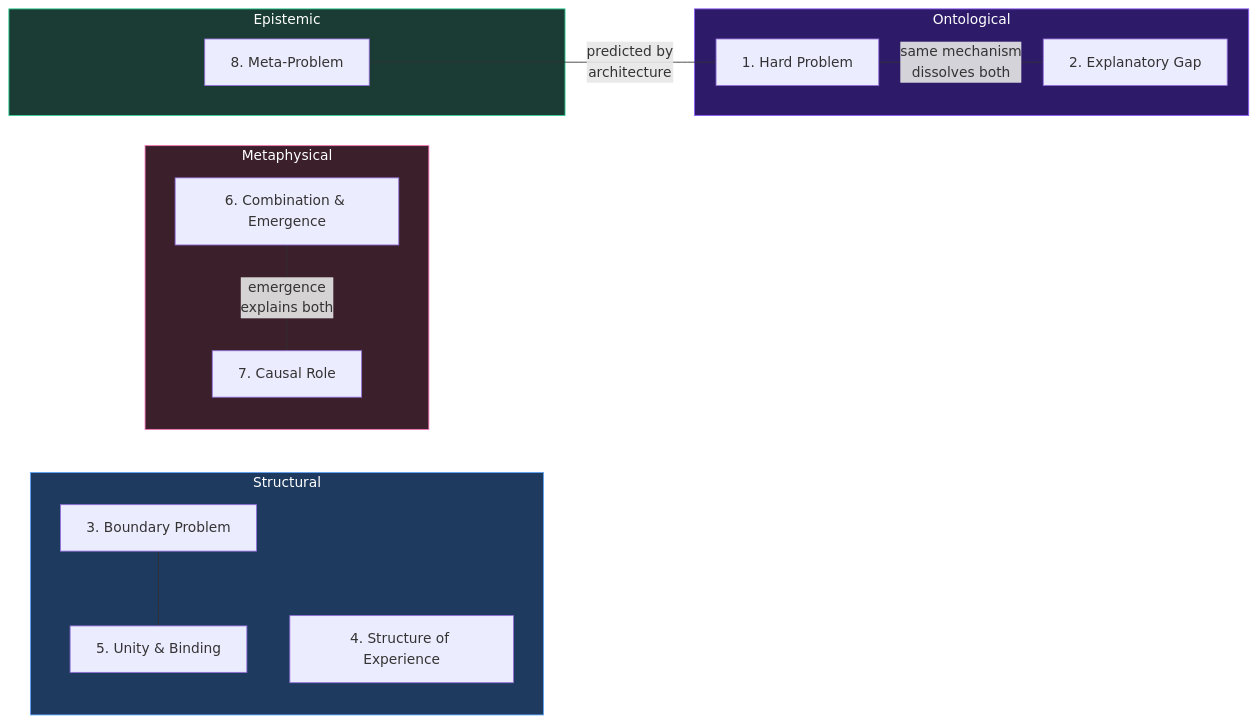
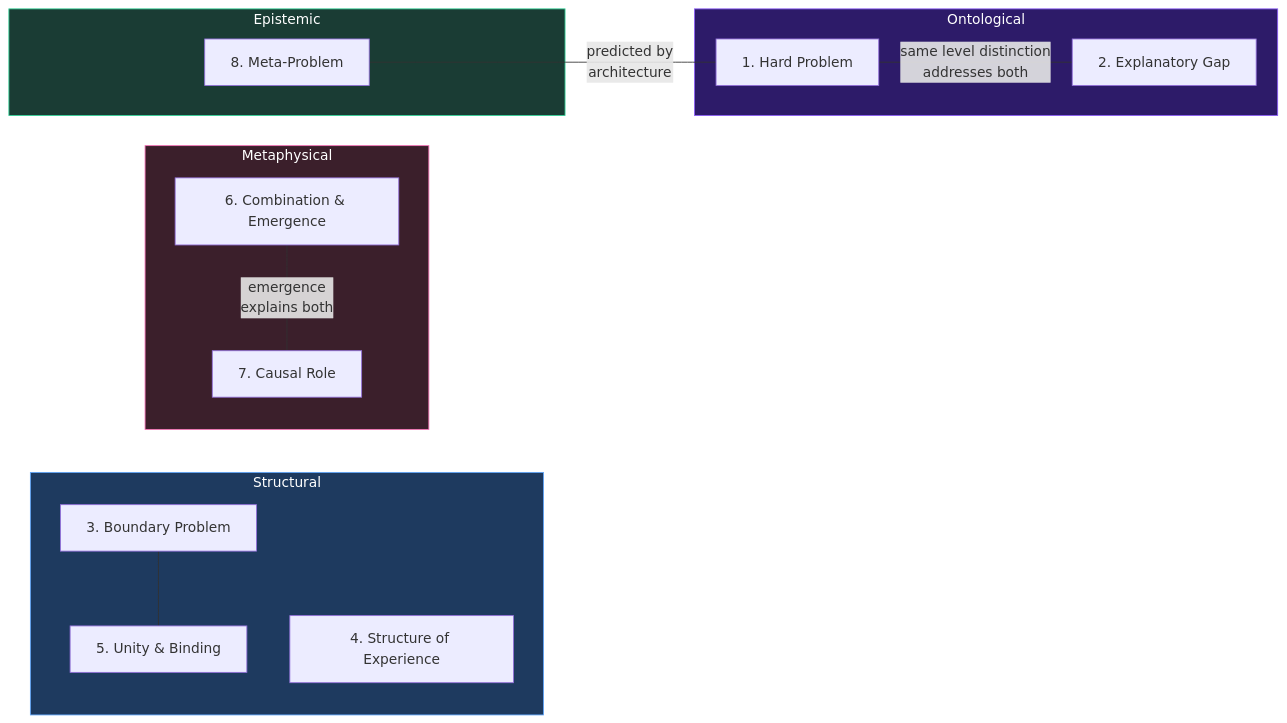
Before and after one commit to JeltzProstetnic/aIware: the diagram in wiki/foundations/eight-requirements.md, drawn with Mermaid. The commit also changed 26 other files, not shown here.

````diff
--- a/wiki/foundations/eight-requirements.md
+++ b/wiki/foundations/eight-requirements.md
@@ -51,32 +51,32 @@
 ```mermaid
 graph LR
     subgraph Ontological["Ontological"]
         R1["1. Hard Problem"]
         R2["2. Explanatory Gap"]
     end
 
     subgraph Structural["Structural"]
         R3["3. Boundary Problem"]
         R4["4. Structure of Experience"]
         R5["5. Unity & Binding"]
     end
 
     subgraph Metaphysical["Metaphysical"]
         R6["6. Combination & Emergence"]
         R7["7. Causal Role"]
     end
 
     subgraph Epistemic["Epistemic"]
         R8["8. Meta-Problem"]
     end
 
-    R1 ---|"same mechanism<br/>dissolves both"| R2
+    R1 ---|"same level distinction<br/>addresses both"| R2
     R3 --- R5
     R6 ---|"emergence<br/>explains both"| R7
     R8 ---|"predicted by<br/>architecture"| R1
 
     style Ontological fill:#2d1b69,stroke:#8b5cf6,color:#fff
     style Structural fill:#1e3a5f,stroke:#60a5fa,color:#fff
     style Metaphysical fill:#3b1f2b,stroke:#f472b6,color:#fff
     style Epistemic fill:#1a3c34,stroke:#34d399,color:#fff
 ```
````
